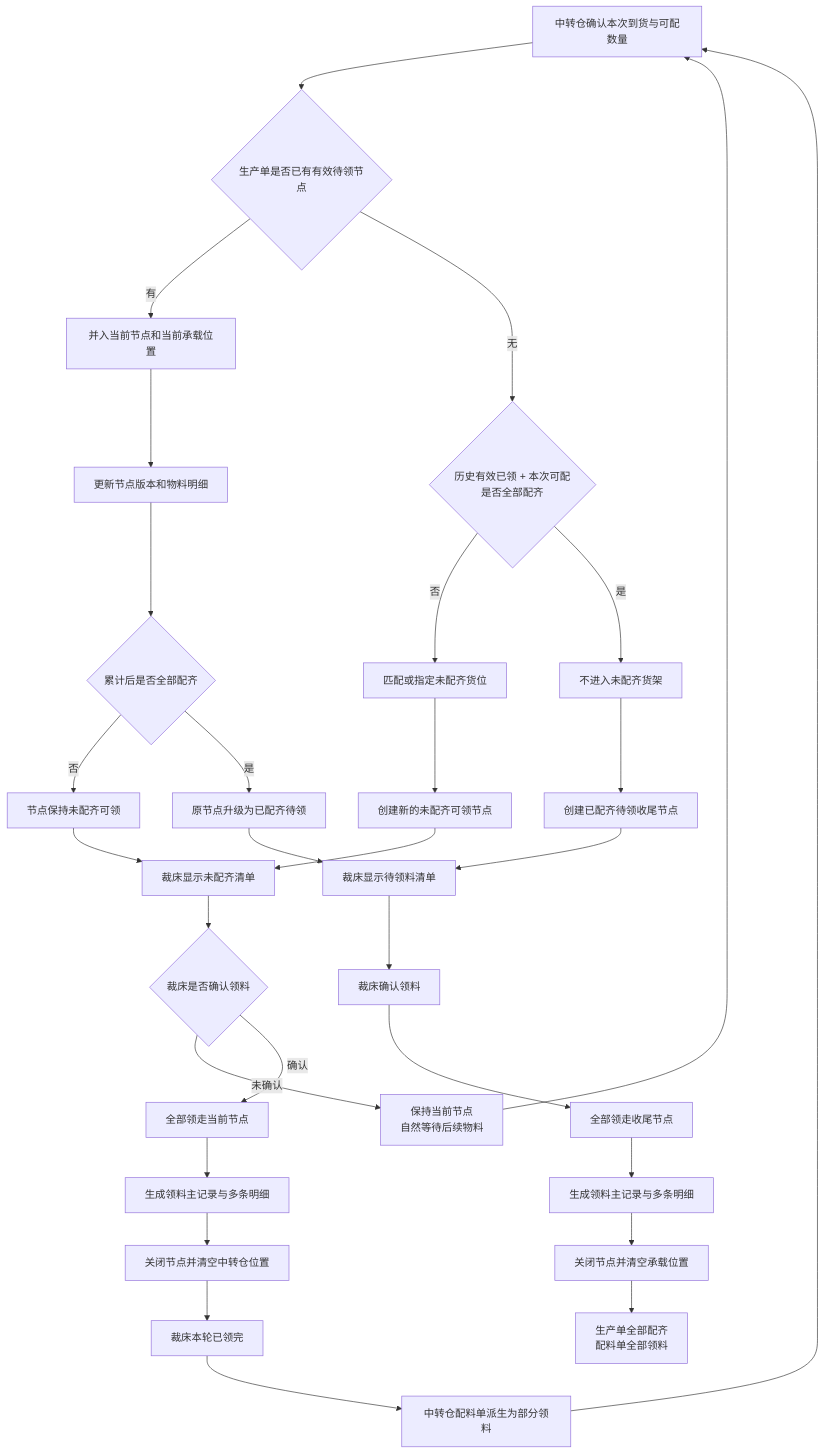
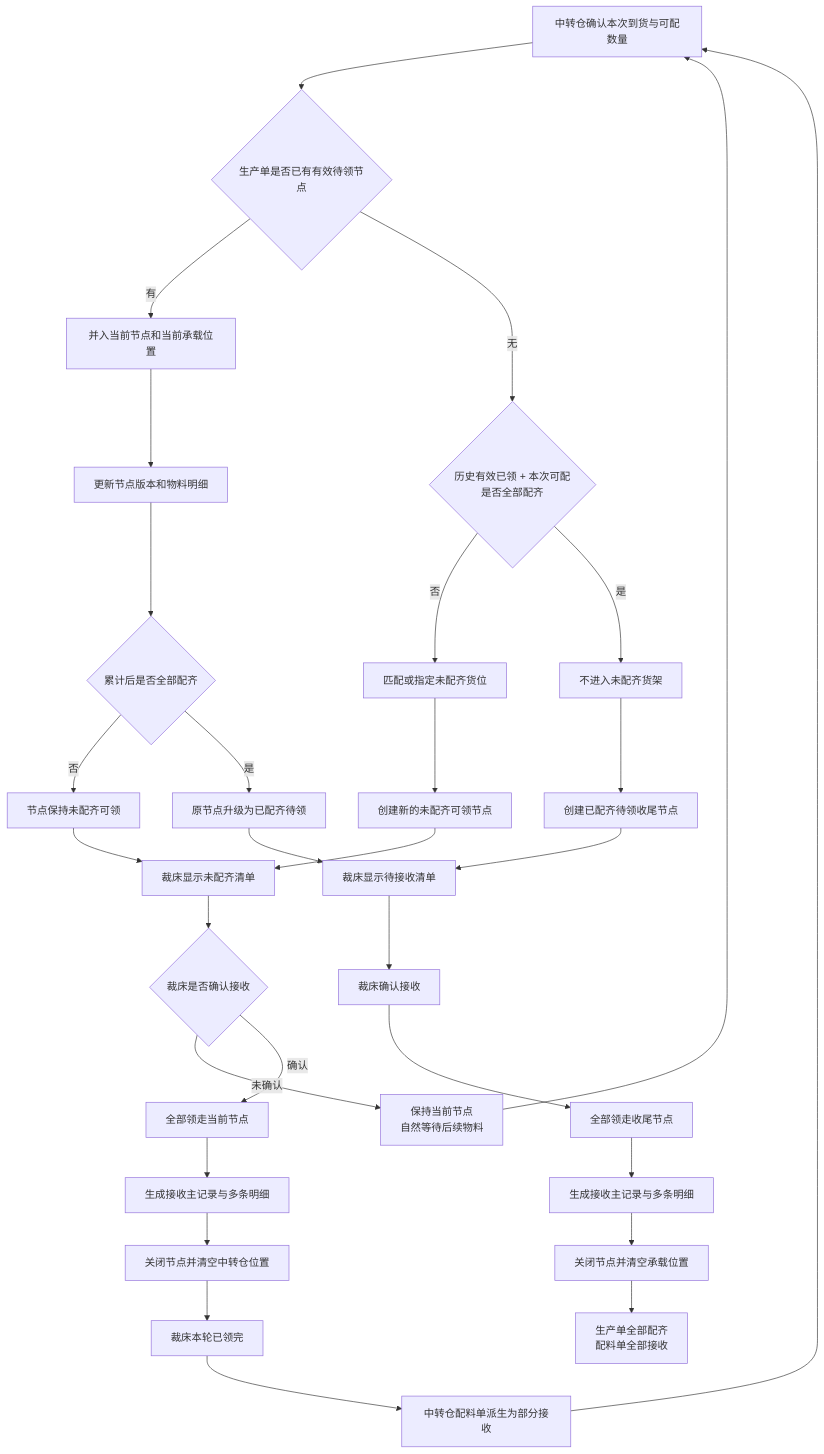
The second of 2 diagrams in docs/superpowers/specs/2026-07-22-cutting-pickup-complete-relationship-design.md (laoertongxue/higoods), drawn with Mermaid before and after one commit. The commit also changed other lines of this file and 312 other files, not shown here.

````diff
--- a/docs/superpowers/specs/2026-07-22-cutting-pickup-complete-relationship-design.md
+++ b/docs/superpowers/specs/2026-07-22-cutting-pickup-complete-relationship-design.md
@@ -177,39 +177,39 @@
 ```mermaid
 flowchart TD
   A[中转仓确认本次到货与可配数量] --> B{生产单是否已有有效待领节点}
 
   B -->|有| C[并入当前节点和当前承载位置]
   C --> D[更新节点版本和物料明细]
   D --> E{累计后是否全部配齐}
 
   B -->|无| F{历史有效已领 + 本次可配<br/>是否全部配齐}
 
   E -->|否| G[节点保持未配齐可领]
   E -->|是| H[原节点升级为已配齐待领]
 
   F -->|否| I[匹配或指定未配齐货位]
   I --> J[创建新的未配齐可领节点]
   F -->|是| K[不进入未配齐货架]
   K --> L[创建已配齐待领收尾节点]
 
   G --> M[裁床显示未配齐清单]
   J --> M
-  H --> N[裁床显示待领料清单]
+  H --> N[裁床显示待接收清单]
   L --> N
 
-  M --> O{裁床是否确认领料}
+  M --> O{裁床是否确认接收}
   O -->|未确认| P[保持当前节点<br/>自然等待后续物料]
   P --> A
   O -->|确认| Q[全部领走当前节点]
-  Q --> R[生成领料主记录与多条明细]
+  Q --> R[生成接收主记录与多条明细]
   R --> S[关闭节点并清空中转仓位置]
   S --> T[裁床本轮已领完]
-  T --> U[中转仓配料单派生为部分领料]
+  T --> U[中转仓配料单派生为部分接收]
   U --> A
 
-  N --> V[裁床确认领料]
+  N --> V[裁床确认接收]
   V --> W[全部领走收尾节点]
-  W --> X[生成领料主记录与多条明细]
+  W --> X[生成接收主记录与多条明细]
   X --> Y[关闭节点并清空承载位置]
-  Y --> Z[生产单全部配齐<br/>配料单全部领料]
+  Y --> Z[生产单全部配齐<br/>配料单全部接收]
 ```
````
